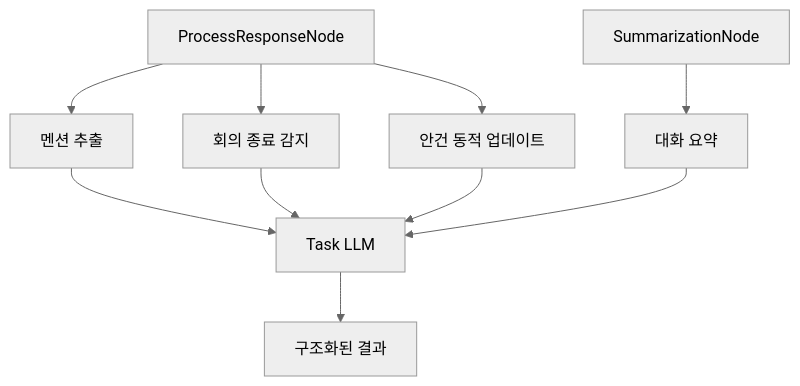
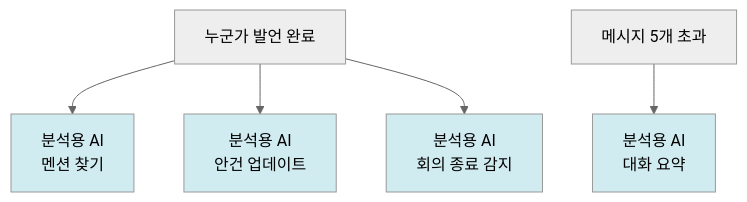
The fourth of 4 diagrams in docs/llm-architecture.md (doorae-lab/doorae), drawn with Mermaid (neutral theme) before and after one commit. The commit also changed other lines of this file and 22 other files, not shown here.

````diff
--- a/docs/llm-architecture.md
+++ b/docs/llm-architecture.md
@@ -45,15 +247,13 @@
 ```mermaid
 graph TB
-    Process[ProcessResponseNode] --> Mention[멘션 추출]
-    Process --> End[회의 종료 감지]
-    Process --> Agenda[안건 동적 업데이트]
+    A[누군가 발언 완료] --> B[분석용 AI<br/>멘션 찾기]
+    A --> C[분석용 AI<br/>안건 업데이트]
+    A --> D[분석용 AI<br/>회의 종료 감지]
 
-    Summarize[SummarizationNode] --> Summary[대화 요약]
+    E[메시지 5개 초과] --> F[분석용 AI<br/>대화 요약]
 
-    Mention --> TaskLLM[Task LLM]
-    End --> TaskLLM
-    Agenda --> TaskLLM
-    Summary --> TaskLLM
-
-    TaskLLM --> Result[구조화된 결과]
+    style B fill:#d1ecf1
+    style C fill:#d1ecf1
+    style D fill:#d1ecf1
+    style F fill:#d1ecf1
 ```
````
